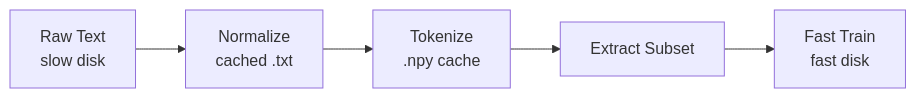
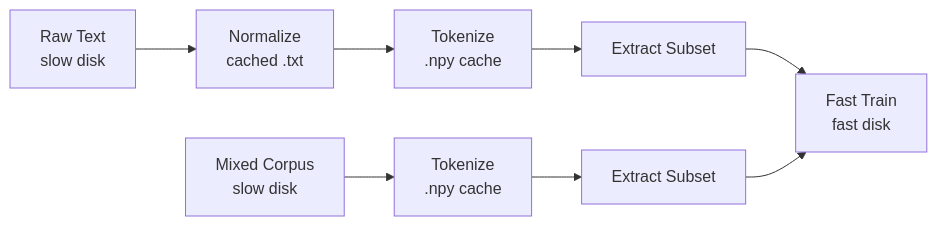
One commit to maxjbarfuss/max_llm changed the diagram in scripts/data/README.md. Above: the diagram before and after it, drawn with Mermaid. The commit also changed other lines of this file and 66 other files, not shown here.

````diff
--- a/scripts/data/README.md
+++ b/scripts/data/README.md
@@ -9,7 +9,10 @@
 ```mermaid
 flowchart LR
     A["Raw Text<br/>slow disk"] --> B["Normalize<br/>cached .txt"]
     B --> C["Tokenize<br/>.npy cache"]
     C --> D["Extract Subset"]
     D --> E["Fast Train<br/>fast disk"]
+    F["Mixed Corpus<br/>slow disk"] --> G["Tokenize<br/>.npy cache"]
+    G --> H["Extract Subset"]
+    H --> E
 ```
````
